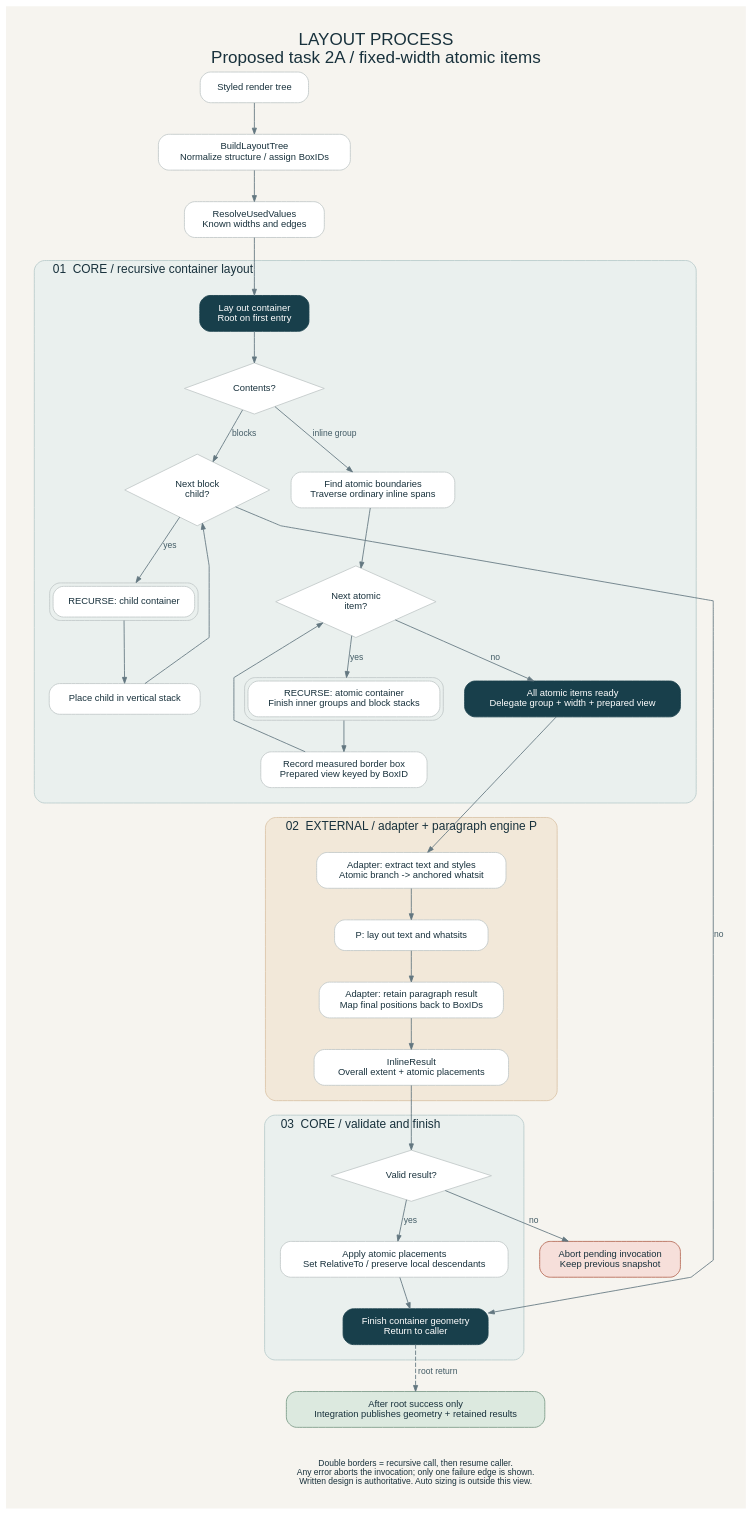
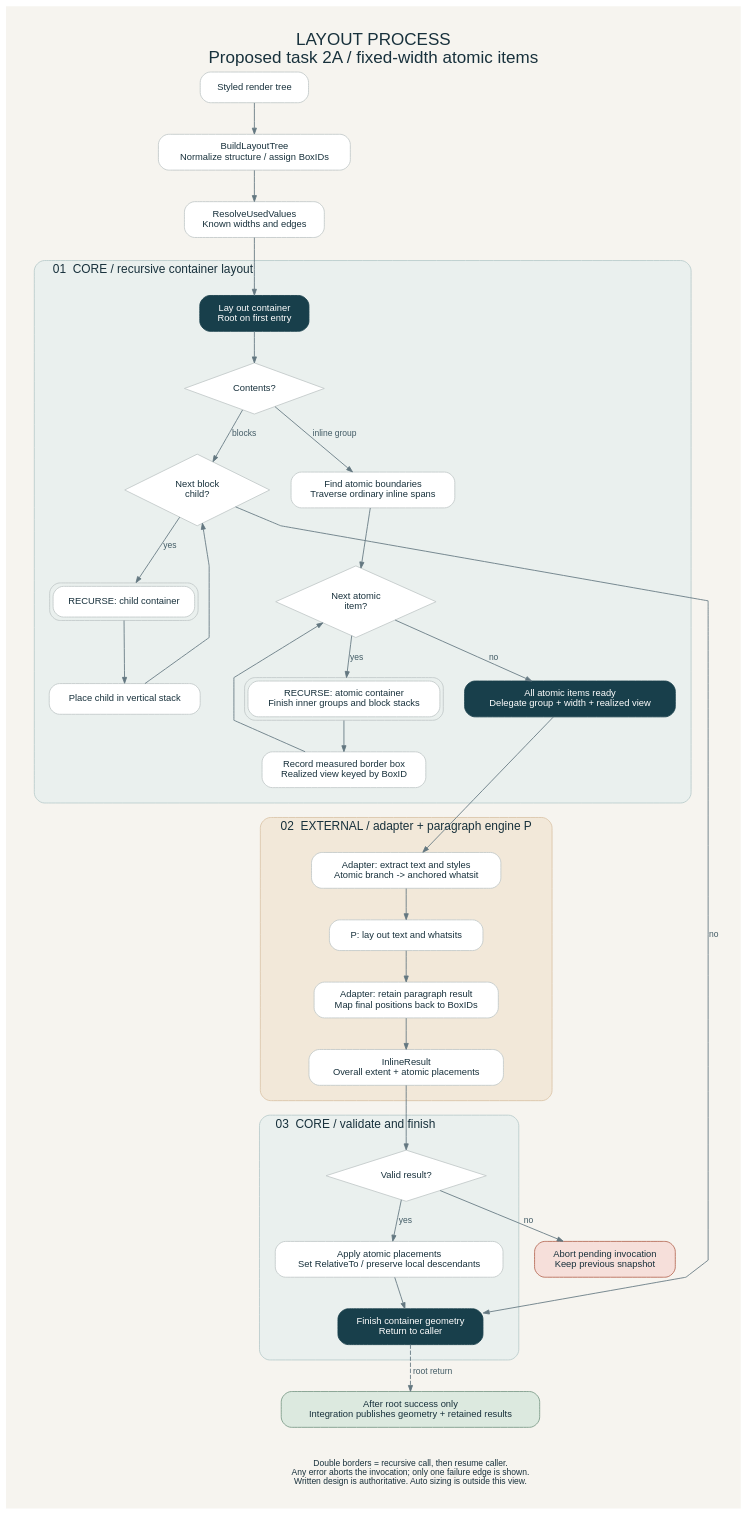
One commit to npillmayer/css-box-layout changed the diagram in doc/diagrams/layout-process.dot. Above: the diagram before and after it, drawn with Graphviz. The commit also changed 18 other files, not shown here.

Commit message:
Rename prepared atomics to realized geometry

```diff
--- a/doc/diagrams/layout-process.dot
+++ b/doc/diagrams/layout-process.dot
@@ -1,50 +1,50 @@
 digraph LayoutProcess {
   graph [rankdir=TB, bgcolor="#f6f4ef", pad=0.35, nodesep=0.35, ranksep=0.48, splines=polyline, fontname="Helvetica", fontsize=20, fontcolor="#18313c", labelloc=t, label="LAYOUT PROCESS\nProposed task 2A / fixed-width atomic items"];
   node [shape=box, style="rounded,filled", fillcolor="#ffffff", color="#c2c9c9", fontname="Helvetica", fontsize=11, fontcolor="#18313c", margin="0.18,0.12"];
   edge [color="#637780", arrowsize=0.7, fontname="Helvetica", fontsize=10, fontcolor="#425b65"];
   input [label="Styled render tree"];
   build [label="BuildLayoutTree\nNormalize structure / assign BoxIDs"];
   resolve [label="ResolveUsedValues\nKnown widths and edges"];
   input -> build -> resolve;
   subgraph cluster_core {
     label="01  CORE / recursive container layout"; fontsize=14; color="#b9cccc"; style="rounded,filled"; fillcolor="#eaf0ee"; margin=18; labeljust=l;
     enter [label="Lay out container\nRoot on first entry", fillcolor="#183f4b", fontcolor=white, color="#183f4b"];
     kind [shape=diamond, style=filled, label="Contents?", fillcolor="#ffffff"];
     blocks [shape=diamond, style=filled, label="Next block\nchild?"];
     child [shape=box, peripheries=2, label="RECURSE: child container"];
     stack [label="Place child in vertical stack"];
     discover [label="Find atomic boundaries\nTraverse ordinary inline spans"];
     atom [shape=diamond, style=filled, label="Next atomic\nitem?"];
     recurse [shape=box, peripheries=2, label="RECURSE: atomic container\nFinish inner groups and block stacks"];
-    measured [label="Record measured border box\nPrepared view keyed by BoxID"];
-    ready [label="All atomic items ready\nDelegate group + width + prepared view", fillcolor="#183f4b", fontcolor=white, color="#183f4b"];
+    measured [label="Record measured border box\nRealized view keyed by BoxID"];
+    ready [label="All atomic items ready\nDelegate group + width + realized view", fillcolor="#183f4b", fontcolor=white, color="#183f4b"];
     enter -> kind;
     kind -> blocks [label="blocks"]; blocks -> child [label="yes"]; child -> stack; stack -> blocks;
     kind -> discover [label="inline group"]; discover -> atom;
     atom -> recurse [label="yes"]; recurse -> measured; measured -> atom;
     atom -> ready [label="no"];
   }
   subgraph cluster_external {
     label="02  EXTERNAL / adapter + paragraph engine P"; fontsize=14; color="#dbc5a8"; style="rounded,filled"; fillcolor="#f2e8d9"; margin=18; labeljust=l;
     translate [label="Adapter: extract text and styles\nAtomic branch -> anchored whatsit"];
     paragraph [label="P: lay out text and whatsits"];
     retain [label="Adapter: retain paragraph result\nMap final positions back to BoxIDs"];
     result [label="InlineResult\nOverall extent + atomic placements"];
     translate -> paragraph -> retain -> result;
   }
   subgraph cluster_finish {
     label="03  CORE / validate and finish"; fontsize=14; color="#b9cccc"; style="rounded,filled"; fillcolor="#eaf0ee"; margin=18; labeljust=l;
     validate [shape=diamond, style=filled, label="Valid result?"];
     apply [label="Apply atomic placements\nSet RelativeTo / preserve local descendants"];
     finish [label="Finish container geometry\nReturn to caller", fillcolor="#183f4b", fontcolor=white, color="#183f4b"];
     validate -> apply [label="yes"]; apply -> finish;
   }
   fail [label="Abort pending invocation\nKeep previous snapshot", fillcolor="#f6dfda", color="#b66955"];
   publish [label="After root success only\nIntegration publishes geometry + retained results", fillcolor="#dce9df", color="#7b9b88"];
   measured -> translate [style=invis];
   resolve -> enter; ready -> translate; result -> validate;
   blocks -> finish [label="no", minlen=2]; validate -> fail [label="no"];
   finish -> publish [style=dashed, label="root return"];
   legend [shape=plain, style="", fontsize=10, label="Double borders = recursive call, then resume caller.\nAny error aborts the invocation; only one failure edge is shown.\nWritten design is authoritative. Auto sizing is outside this view."];
   publish -> legend [style=invis];
 }
```
